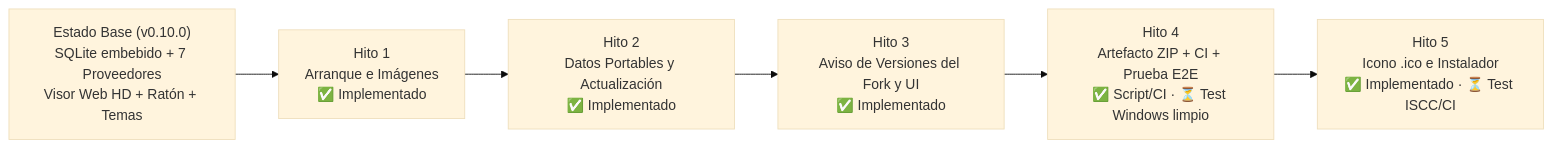
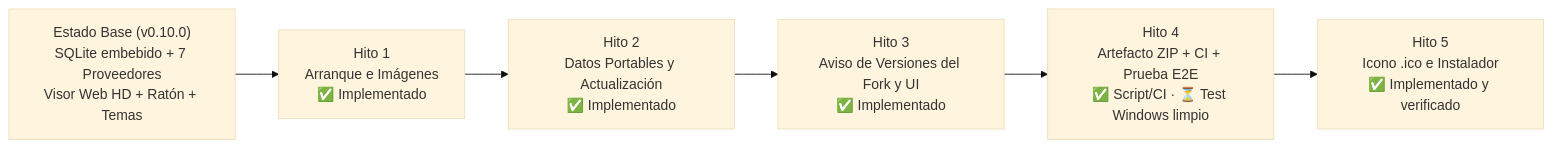
The diagram in ROADMAP.md (tomahawk1103/manga-tui), drawn with Mermaid (base theme) before and after one commit. The commit also changed other lines of this file, not shown here.

Commit message:
docs(roadmap): mark milestone 5 verified after Inno Setup E2E pass

````diff
--- a/ROADMAP.md
+++ b/ROADMAP.md
@@ -5,11 +5,11 @@
 ```mermaid
 flowchart LR
     Base["Estado Base (v0.10.0)<br/>SQLite embebido + 7 Proveedores<br/>Visor Web HD + Ratón + Temas"]
     H1["Hito 1<br/>Arranque e Imágenes<br/>✅ Implementado"]
     H2["Hito 2<br/>Datos Portables y Actualización<br/>✅ Implementado"]
     H3["Hito 3<br/>Aviso de Versiones del Fork y UI<br/>✅ Implementado"]
     H4["Hito 4<br/>Artefacto ZIP + CI + Prueba E2E<br/>✅ Script/CI · ⏳ Test Windows limpio"]
-    H5["Hito 5<br/>Icono .ico e Instalador<br/>✅ Implementado · ⏳ Test ISCC/CI"]
+    H5["Hito 5<br/>Icono .ico e Instalador<br/>✅ Implementado y verificado"]
 
     Base --> H1 --> H2 --> H3 --> H4 --> H5
 ```
````
